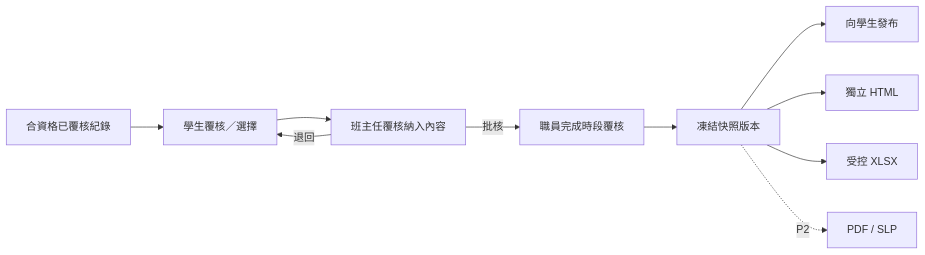
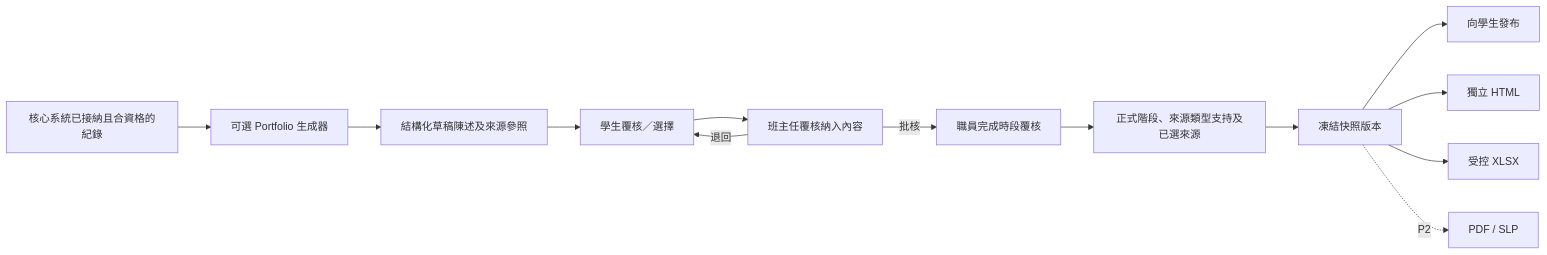
One commit to heison-octopus/testing-port changed the diagram in output/Chinese/SRS/SRS-09 Portfolio Proud Moments及匯出.md. Above: the diagram before and after it, drawn with Mermaid. The commit also changed other lines of this file and 79 other files, not shown here.

````diff
--- a/output/Chinese/SRS/SRS-09 Portfolio Proud Moments及匯出.md
+++ b/output/Chinese/SRS/SRS-09 Portfolio Proud Moments及匯出.md
@@ -45,12 +52,15 @@
 ```mermaid
 flowchart LR
-    Eligible[合資格已覆核紀錄] --> Student[學生覆核／選擇]
+    Eligible[核心系統已接納且合資格的紀錄] --> Generate[可選 Portfolio 生成器]
+    Generate --> Claims[結構化草稿陳述及來源參照]
+    Claims --> Student[學生覆核／選擇]
     Student --> ClassTeacher[班主任覆核納入內容]
     ClassTeacher -->|退回| Student
     ClassTeacher -->|批核| Staff[職員完成時段覆核]
-    Staff --> Snapshot[凍結快照版本]
+    Staff --> Breakdown[正式階段、來源類型支持及已選來源]
+    Breakdown --> Snapshot[凍結快照版本]
     Snapshot --> Publish[向學生發布]
     Snapshot --> HTML[獨立 HTML]
     Snapshot --> XLSX[受控 XLSX]
     Snapshot -. P2 .-> PDF[PDF / SLP]
 ```
````
